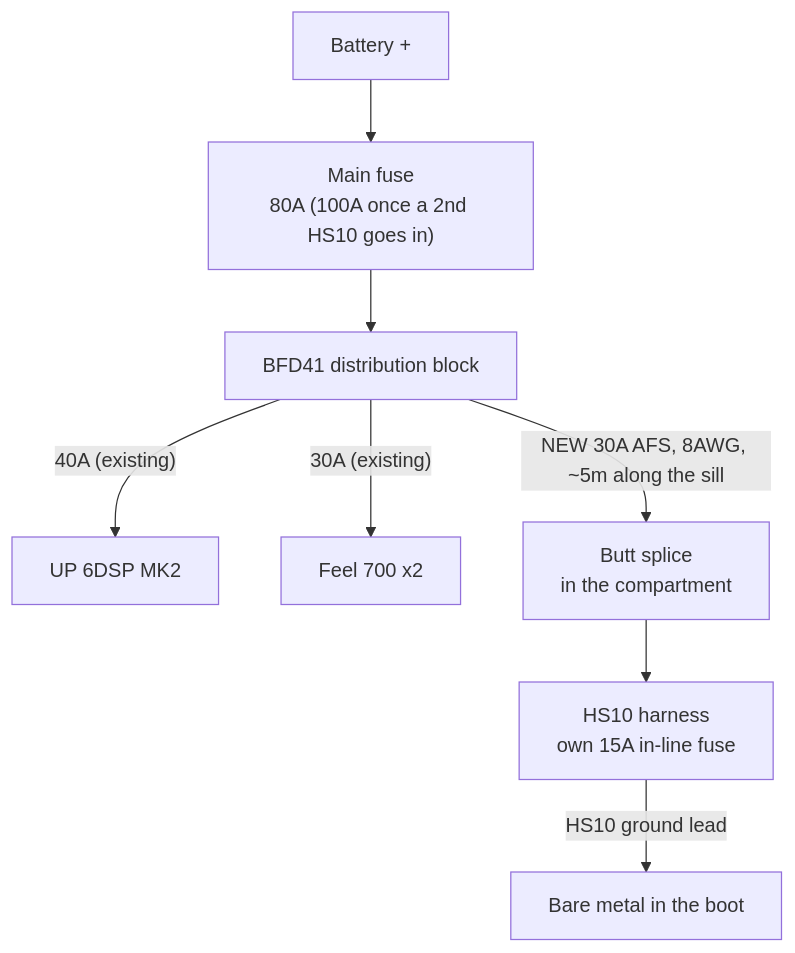
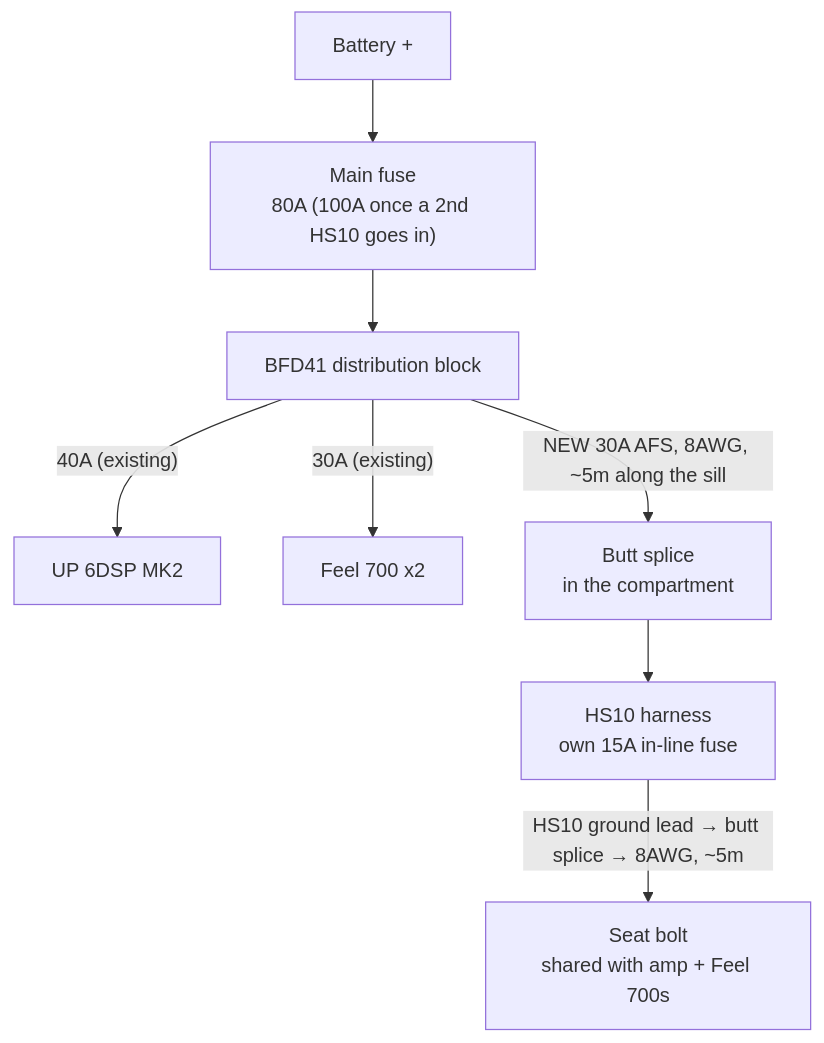
One commit to badsyntax/jimny-sound changed the first of 2 diagrams in SUB-UPGRADE.md. Above: the diagram before and after it, drawn with Mermaid. The commit also changed other lines of this file and 1 other file, not shown here.

First line of the commit message:
Boot sub: ground HS10 to the shared seat bolt

````diff
--- a/SUB-UPGRADE.md
+++ b/SUB-UPGRADE.md
@@ -65,10 +65,10 @@
 ```mermaid
 flowchart TD
     BAT["Battery +"] --> FFH["Main fuse<br/>80A (100A once a 2nd HS10 goes in)"]
     FFH --> BFD["BFD41 distribution block"]
     BFD -->|"40A (existing)"| AMP["UP 6DSP MK2"]
     BFD -->|"30A (existing)"| FEEL["Feel 700 x2"]
     BFD -->|"NEW 30A AFS, 8AWG, ~5m along the sill"| SPL["Butt splice<br/>in the compartment"]
     SPL --> HS["HS10 harness<br/>own 15A in-line fuse"]
-    HS -->|"HS10 ground lead"| GND["Bare metal in the boot"]
+    HS -->|"HS10 ground lead → butt splice → 8AWG, ~5m"| GND["Seat bolt<br/>shared with amp + Feel 700s"]
 ```
````
